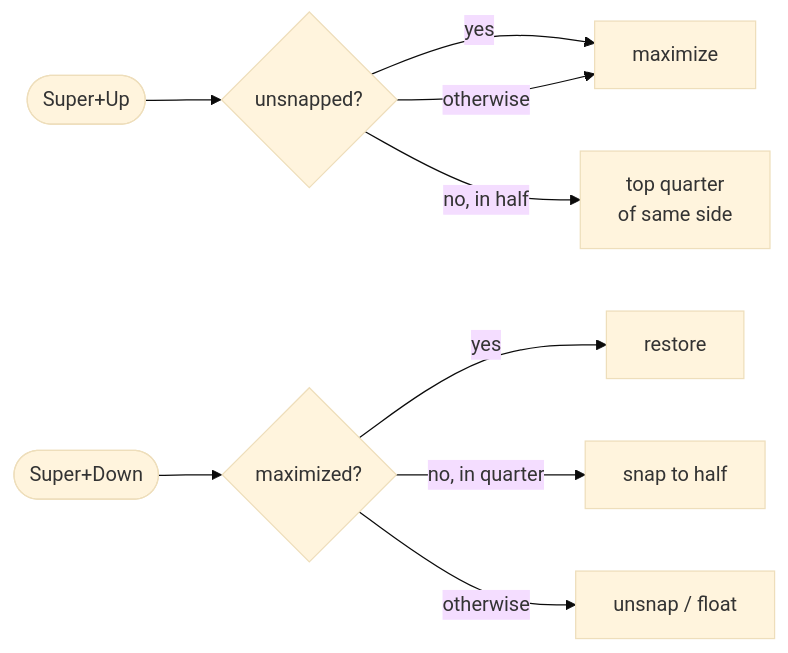
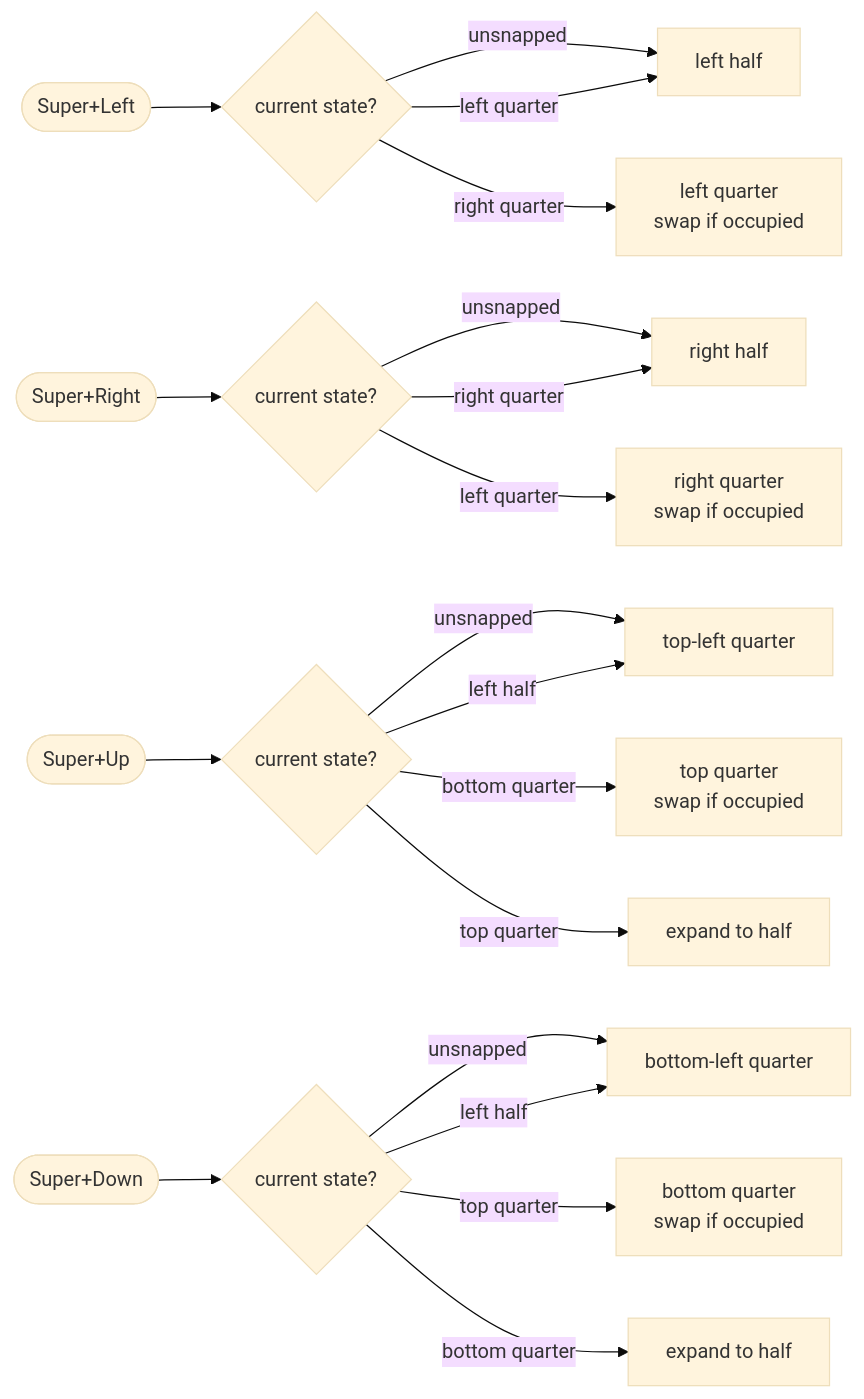
Before and after one commit to IvoBrandao/fluxcut: the tenth of 15 diagrams in docs/arch.md, drawn with Mermaid (base theme). The commit also changed other lines of this file and 10 other files, not shown here.

````diff
--- a/docs/arch.md
+++ b/docs/arch.md
@@ -326,12 +393,24 @@
 ```mermaid
 flowchart LR
-    UP([Super+Up]) --> US{unsnapped?}
-    US -->|yes| MAX[maximize]
-    US -->|no, in half| TQ[top quarter\nof same side]
-    US -->|otherwise| MAX
+    LEFT([Super+Left]) --> LS{current state?}
+    LS -->|unsnapped| LH[left half]
+    LS -->|right quarter| LQ[left quarter\nswap if occupied]
+    LS -->|left quarter| LH
 
-    DOWN([Super+Down]) --> MS{maximized?}
-    MS -->|yes| RESTORE[restore]
-    MS -->|no, in quarter| HALF[snap to half]
-    MS -->|otherwise| UNSNAP[unsnap / float]
+    RIGHT([Super+Right]) --> RS{current state?}
+    RS -->|unsnapped| RH[right half]
+    RS -->|left quarter| RQ[right quarter\nswap if occupied]
+    RS -->|right quarter| RH
+
+    UP([Super+Up]) --> US{current state?}
+    US -->|unsnapped| TLQ[top-left quarter]
+    US -->|left half| TLQ
+    US -->|bottom quarter| UQ[top quarter\nswap if occupied]
+    US -->|top quarter| UH[expand to half]
+
+    DOWN([Super+Down]) --> DS{current state?}
+    DS -->|unsnapped| BLQ[bottom-left quarter]
+    DS -->|left half| BLQ
+    DS -->|top quarter| DQ[bottom quarter\nswap if occupied]
+    DS -->|bottom quarter| DH[expand to half]
 ```
````
